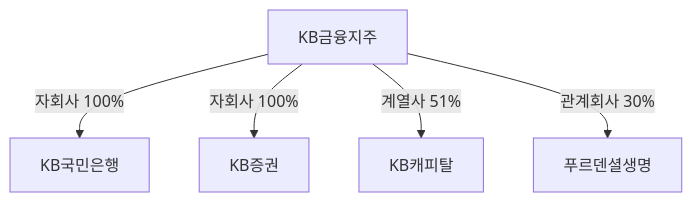
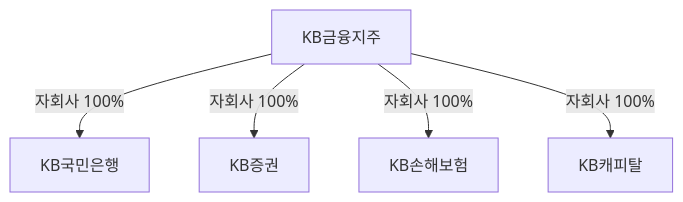
Before and after one commit to fntimes/docs: the third of 4 diagrams in compass/database-design.md, drawn with Mermaid. The commit also changed other lines of this file, not shown here.

Commit message:
3번 항목: 고려 사항 문구 수정, KB금융지주 자회사 정보 갱신

````diff
--- a/compass/database-design.md
+++ b/compass/database-design.md
@@ -98,8 +98,8 @@
 ```mermaid
 graph TD
     KB[KB금융지주]
     KB -->|"자회사 100%"| KB1[KB국민은행]
     KB -->|"자회사 100%"| KB2[KB증권]
-    KB -->|"계열사 51%"| KB3[KB캐피탈]
-    KB -->|"관계회사 30%"| KB4[푸르덴셜생명]
+    KB -->|"자회사 100%"| KB3[KB손해보험]
+    KB -->|"자회사 100%"| KB4[KB캐피탈]
 ```
````
